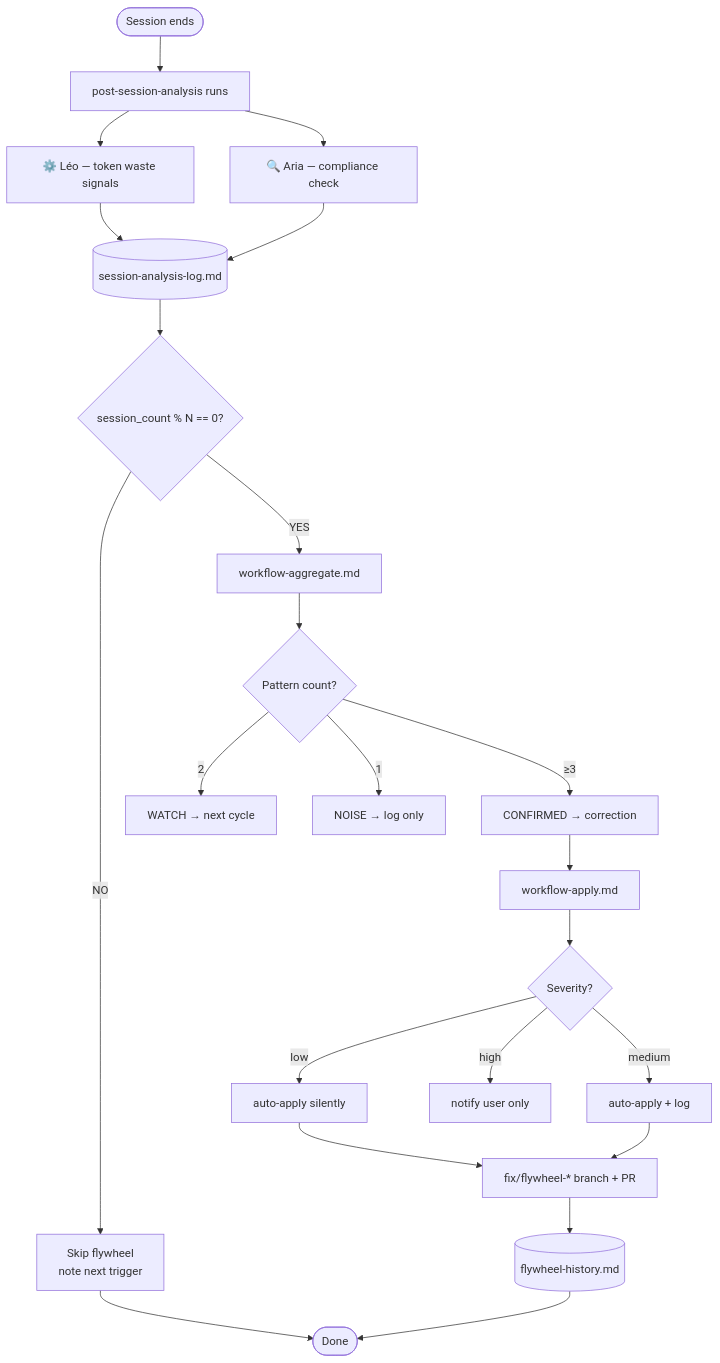
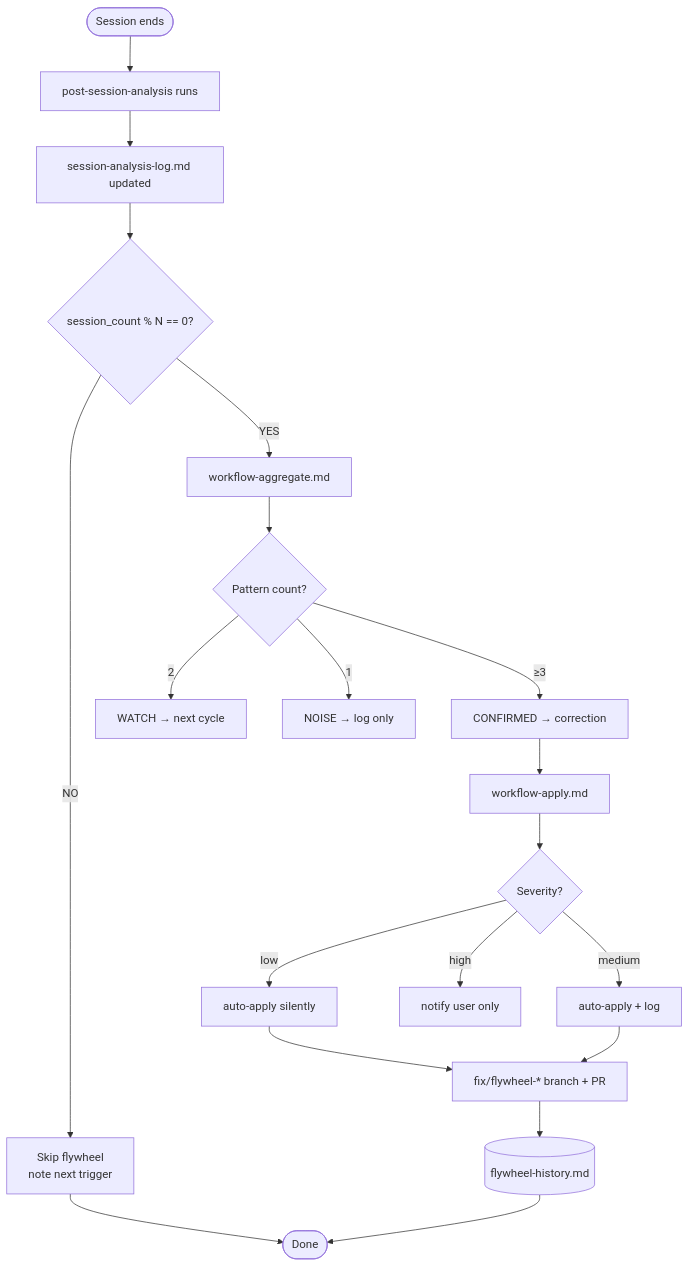
The diagram in .github/skills/cognitive-flywheel/SKILL.md (zavrocKk/zav-sandbox), drawn with Mermaid before and after one commit. The commit also changed other lines of this file and 90 other files, not shown here.

````diff
--- a/.github/skills/cognitive-flywheel/SKILL.md
+++ b/.github/skills/cognitive-flywheel/SKILL.md
@@ -13,25 +13,22 @@
 ```mermaid
 flowchart TD
     A([Session ends]) --> B[post-session-analysis runs]
-    B --> LEO[⚙️ Léo — token waste signals]
-    B --> ARIA[🔍 Aria — compliance check]
-    LEO --> LOG[(session-analysis-log.md)]
-    ARIA --> LOG
+  B --> LOG[session-analysis-log.md updated]
     LOG --> CNT{session_count % N == 0?}
     CNT -->|NO| SKIP[Skip flywheel\nnote next trigger]
     SKIP --> END([Done])
     CNT -->|YES| AGG[workflow-aggregate.md]
     AGG --> PAT{Pattern count?}
     PAT -->|≥3| CONF[CONFIRMED → correction]
     PAT -->|2| WATCH[WATCH → next cycle]
     PAT -->|1| NOISE[NOISE → log only]
     CONF --> APP[workflow-apply.md]
     APP --> SEV{Severity?}
     SEV -->|low| AUTO1[auto-apply silently]
     SEV -->|medium| AUTO2[auto-apply + log]
     SEV -->|high| NOTIF[notify user only]
     AUTO1 --> PR[fix/flywheel-* branch + PR]
     AUTO2 --> PR
     PR --> HIST[(flywheel-history.md)]
     HIST --> END
 ```
````
